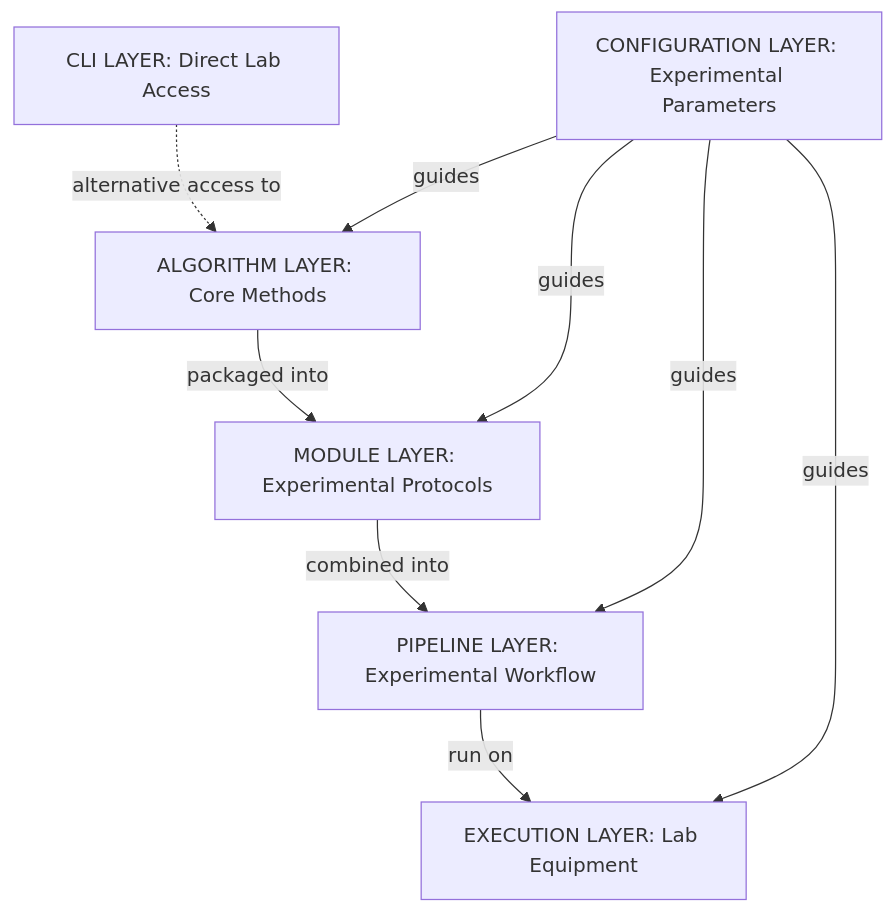
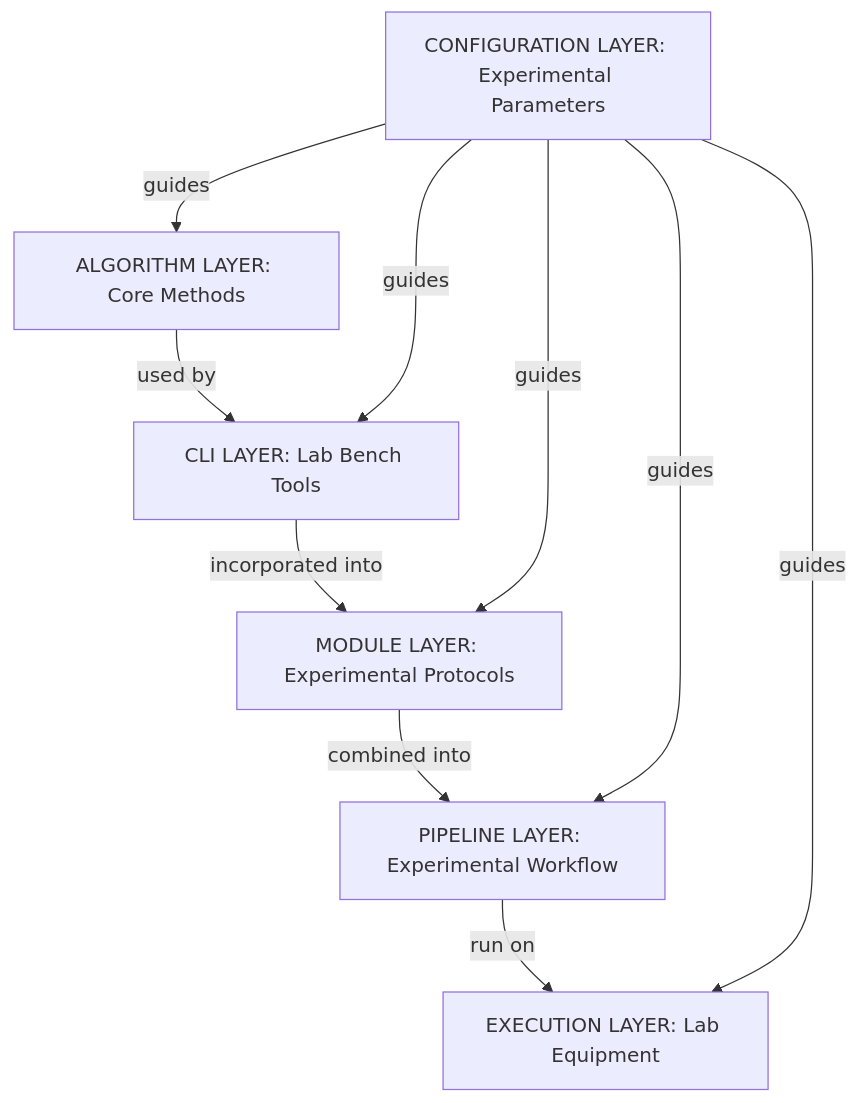
One commit to broadinstitute/starrynight changed the diagram in docs/architecture/07_architecture_for_biologists.md. Above: the diagram before and after it, drawn with Mermaid. The commit also changed other lines of this file, not shown here.

First line of the commit message:
docs(starrynight): correct CLI and Module layer relationship in analogy

````diff
--- a/docs/architecture/07_architecture_for_biologists.md
+++ b/docs/architecture/07_architecture_for_biologists.md
@@ -183,11 +181,12 @@
 ```mermaid
 flowchart TD
-    A[ALGORITHM LAYER: Core Methods] -->|packaged into| B[MODULE LAYER: Experimental Protocols]
+    A[ALGORITHM LAYER: Core Methods] -->|used by| F[CLI LAYER: Lab Bench Tools]
+    F -->|incorporated into| B[MODULE LAYER: Experimental Protocols]
     B -->|combined into| C[PIPELINE LAYER: Experimental Workflow]
     C -->|run on| D[EXECUTION LAYER: Lab Equipment]
     E[CONFIGURATION LAYER: Experimental Parameters] -->|guides| A
+    E -->|guides| F
     E -->|guides| B
     E -->|guides| C
     E -->|guides| D
-    F[CLI LAYER: Direct Lab Access] -.->|alternative access to| A
 ```
````
